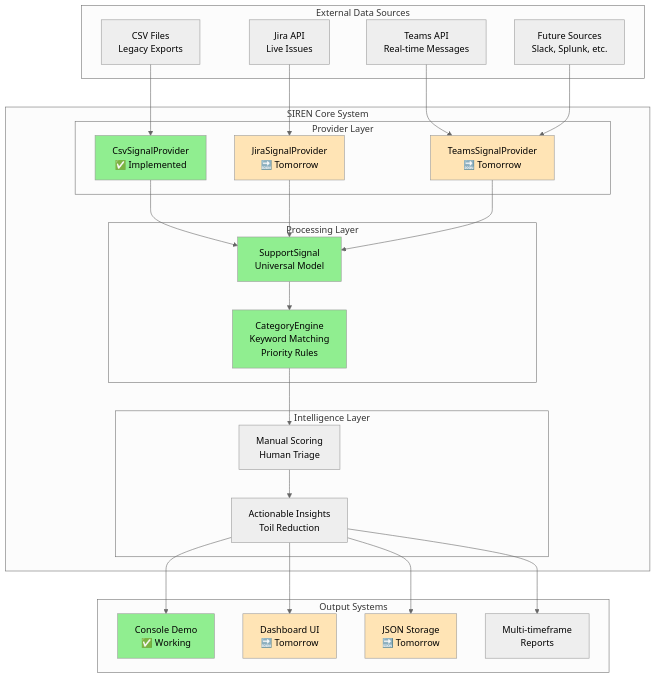
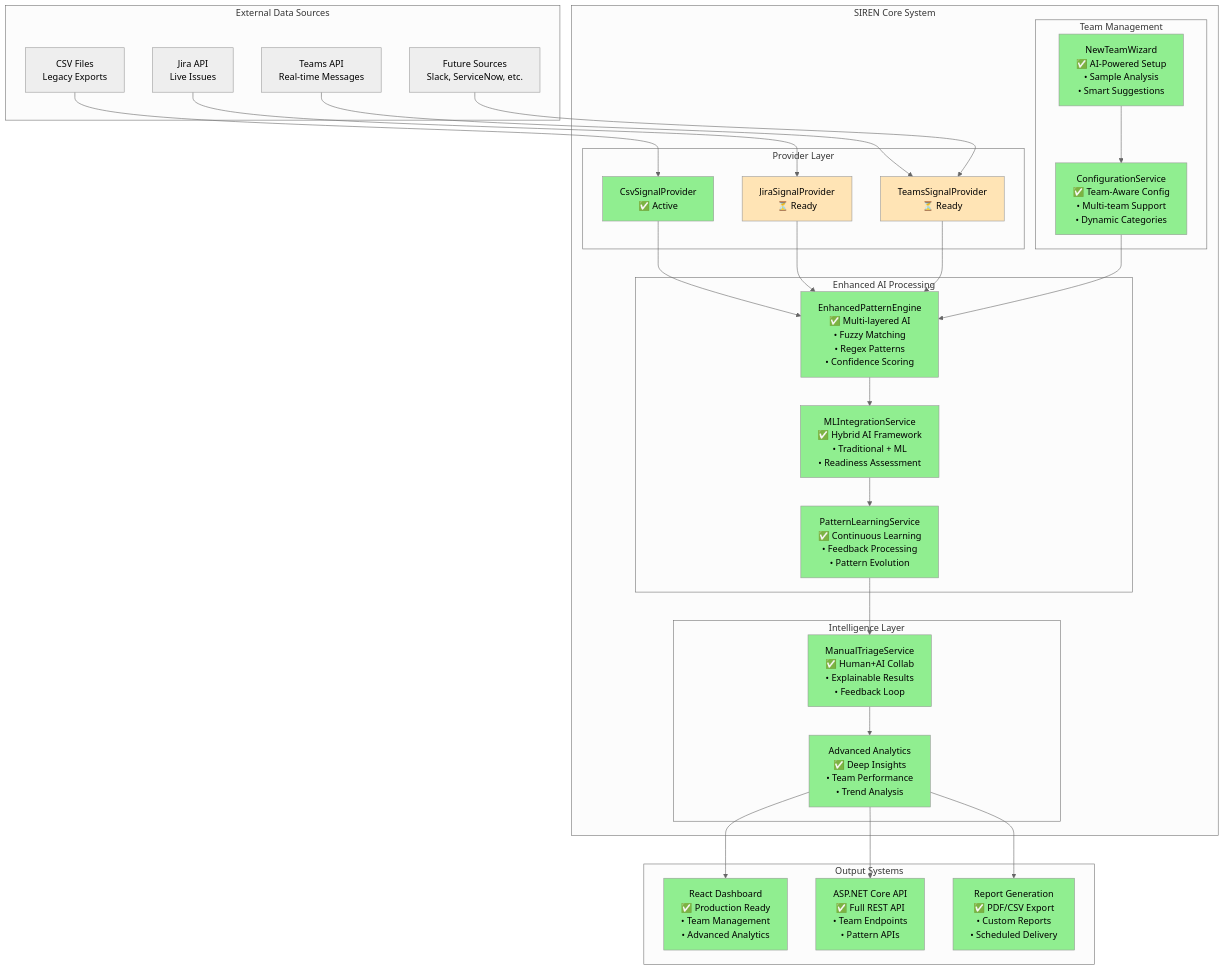
The first of 7 diagrams in Documentation/DIAGRAMS.md (BLeberSmeaton/siren), drawn with Mermaid (neutral theme) before and after one commit. The commit also changed other lines of this file and 3 other files, not shown here.

````diff
--- a/Documentation/DIAGRAMS.md
+++ b/Documentation/DIAGRAMS.md
@@ -5,61 +5,74 @@
 ```mermaid
 graph TB
     subgraph "External Data Sources"
         CSV[CSV Files<br/>Legacy Exports]
         JIRA[Jira API<br/>Live Issues]
         TEAMS[Teams API<br/>Real-time Messages]
-        FUTURE[Future Sources<br/>Slack, Splunk, etc.]
+        FUTURE[Future Sources<br/>Slack, ServiceNow, etc.]
     end
     
     subgraph "SIREN Core System"
         subgraph "Provider Layer"
-            CSVP[CsvSignalProvider<br/>✅ Implemented]
-            JIRAP[JiraSignalProvider<br/>🔜 Tomorrow]
-            TEAMSP[TeamsSignalProvider<br/>🔜 Tomorrow]
+            CSVP[CsvSignalProvider<br/>✅ Active]
+            JIRAP[JiraSignalProvider<br/>⏳ Ready]
+            TEAMSP[TeamsSignalProvider<br/>⏳ Ready]
         end
         
-        subgraph "Processing Layer"
-            CAT[CategoryEngine<br/>Keyword Matching<br/>Priority Rules]
-            SIG[SupportSignal<br/>Universal Model]
+        subgraph "Enhanced AI Processing"
+            ENHANCED[EnhancedPatternEngine<br/>✅ Multi-layered AI<br/>• Fuzzy Matching<br/>• Regex Patterns<br/>• Confidence Scoring]
+            ML_INTEG[MLIntegrationService<br/>✅ Hybrid AI Framework<br/>• Traditional + ML<br/>• Readiness Assessment]
+            LEARNING[PatternLearningService<br/>✅ Continuous Learning<br/>• Feedback Processing<br/>• Pattern Evolution]
+        end
+        
+        subgraph "Team Management"
+            CONFIG[ConfigurationService<br/>✅ Team-Aware Config<br/>• Multi-team Support<br/>• Dynamic Categories]
+            WIZARD[NewTeamWizard<br/>✅ AI-Powered Setup<br/>• Sample Analysis<br/>• Smart Suggestions]
         end
         
         subgraph "Intelligence Layer"
-            TRIAGE[Manual Scoring<br/>Human Triage]
-            INSIGHTS[Actionable Insights<br/>Toil Reduction]
+            TRIAGE[ManualTriageService<br/>✅ Human+AI Collab<br/>• Explainable Results<br/>• Feedback Loop]
+            INSIGHTS[Advanced Analytics<br/>✅ Deep Insights<br/>• Team Performance<br/>• Trend Analysis]
         end
     end
     
     subgraph "Output Systems"
-        CONSOLE[Console Demo<br/>✅ Working]
-        DASH[Dashboard UI<br/>🔜 Tomorrow]
-        STORAGE[JSON Storage<br/>🔜 Tomorrow]
-        REPORTS[Multi-timeframe<br/>Reports]
+        DASH[React Dashboard<br/>✅ Production Ready<br/>• Team Management<br/>• Advanced Analytics]
+        API[ASP.NET Core API<br/>✅ Full REST API<br/>• Team Endpoints<br/>• Pattern APIs]
+        REPORTS[Report Generation<br/>✅ PDF/CSV Export<br/>• Custom Reports<br/>• Scheduled Delivery]
     end
     
     CSV --> CSVP
     JIRA --> JIRAP
     TEAMS --> TEAMSP
     FUTURE --> TEAMSP
     
-    CSVP --> SIG
-    JIRAP --> SIG
-    TEAMSP --> SIG
+    CSVP --> ENHANCED
+    JIRAP --> ENHANCED
+    TEAMSP --> ENHANCED
     
-    SIG --> CAT
-    CAT --> TRIAGE
+    ENHANCED --> ML_INTEG
+    ML_INTEG --> LEARNING
+    LEARNING --> TRIAGE
+    
+    CONFIG --> ENHANCED
+    WIZARD --> CONFIG
+    
     TRIAGE --> INSIGHTS
-    
-    INSIGHTS --> CONSOLE
     INSIGHTS --> DASH
-    INSIGHTS --> STORAGE
+    INSIGHTS --> API
     INSIGHTS --> REPORTS
     
     style CSVP fill:#90EE90
-    style CAT fill:#90EE90
-    style SIG fill:#90EE90
-    style CONSOLE fill:#90EE90
+    style ENHANCED fill:#90EE90
+    style ML_INTEG fill:#90EE90
+    style LEARNING fill:#90EE90
+    style CONFIG fill:#90EE90
+    style WIZARD fill:#90EE90
+    style TRIAGE fill:#90EE90
+    style INSIGHTS fill:#90EE90
+    style DASH fill:#90EE90
+    style API fill:#90EE90
+    style REPORTS fill:#90EE90
     style JIRAP fill:#FFE4B5
     style TEAMSP fill:#FFE4B5
-    style DASH fill:#FFE4B5
-    style STORAGE fill:#FFE4B5
 ```
````
